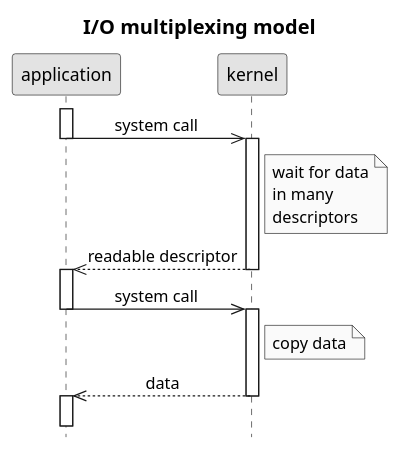
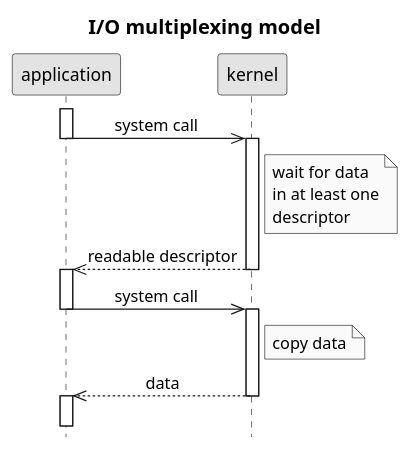
One commit to c0p4c4b4n4/demo-sockets-io-nio-nio2 changed the diagram in .images/IO multiplexing model.puml. Above: the diagram before and after it, drawn with PlantUML.

```diff
--- a/.images/IO multiplexing model.puml
+++ b/.images/IO multiplexing model.puml
@@ -1,23 +1,23 @@
 @startuml
 title I/O multiplexing model
 hide footbox
 skinparam monochrome true
 skinparam titleFontSize 16
 skinparam sequenceMessageAlign center
 activate application
 application->>kernel: system call
 deactivate application
 activate kernel
-Note right of kernel: wait for data\nin many\ndescriptors
+Note right of kernel: wait for data\nin at least one\ndescriptor
 kernel-->>application: readable descriptor
 deactivate kernel
 activate application
 application->>kernel: system call
 deactivate application
 activate kernel
 Note right of kernel: copy data
 kernel-->>application: data
 deactivate kernel
 activate application
 ||15||
 @enduml
```
